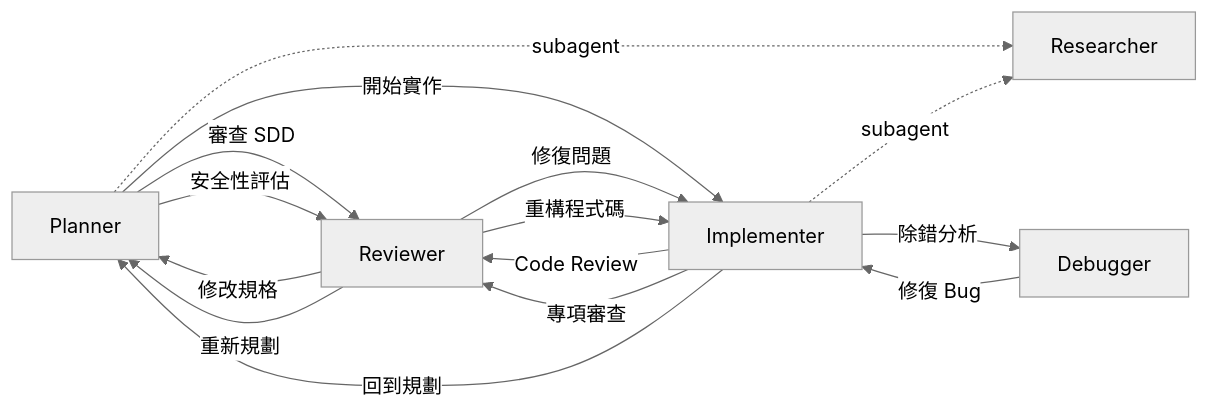
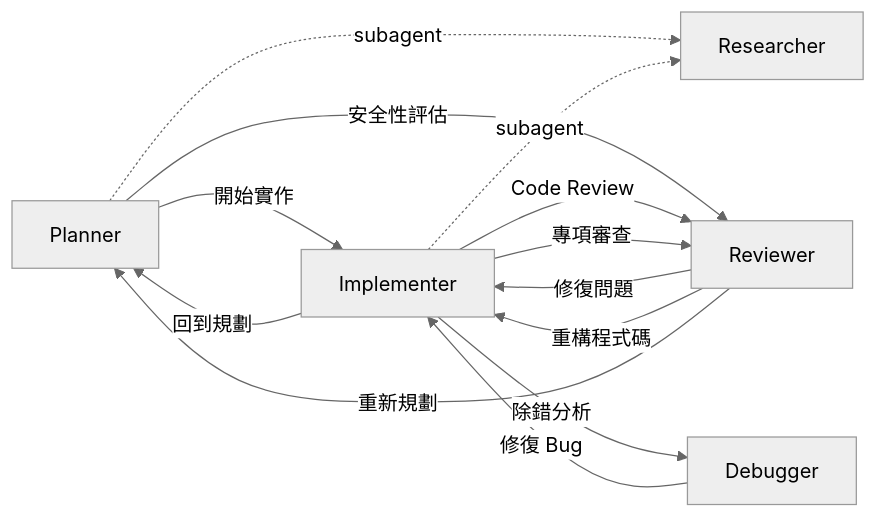
One commit to zexion7873/copilot-setting changed the second of 2 diagrams in README.zh-TW.md. Above: the diagram before and after it, drawn with Mermaid (neutral theme). The commit also changed other lines of this file and 7 other files, not shown here.

First line of the commit message:
refactor(planner): merge sdd into plan skill, remove sdd and sdd-review

````diff
--- a/README.zh-TW.md
+++ b/README.zh-TW.md
@@ -127,20 +127,18 @@
 ```mermaid
 flowchart LR
-    Planner -->|"審查 SDD"| Reviewer
     Planner -->|"開始實作"| Implementer
     Planner -->|"安全性評估"| Reviewer
     Planner -.->|"subagent"| Researcher
 
     Implementer -.->|"subagent"| Researcher
     Implementer -->|"Code Review"| Reviewer
     Implementer -->|"專項審查"| Reviewer
     Implementer -->|"除錯分析"| Debugger
     Implementer -->|"回到規劃"| Planner
 
     Reviewer -->|"修復問題"| Implementer
     Reviewer -->|"重構程式碼"| Implementer
-    Reviewer -->|"修改規格"| Planner
     Reviewer -->|"重新規劃"| Planner
 
     Debugger -->|"修復 Bug"| Implementer
 ```
````
